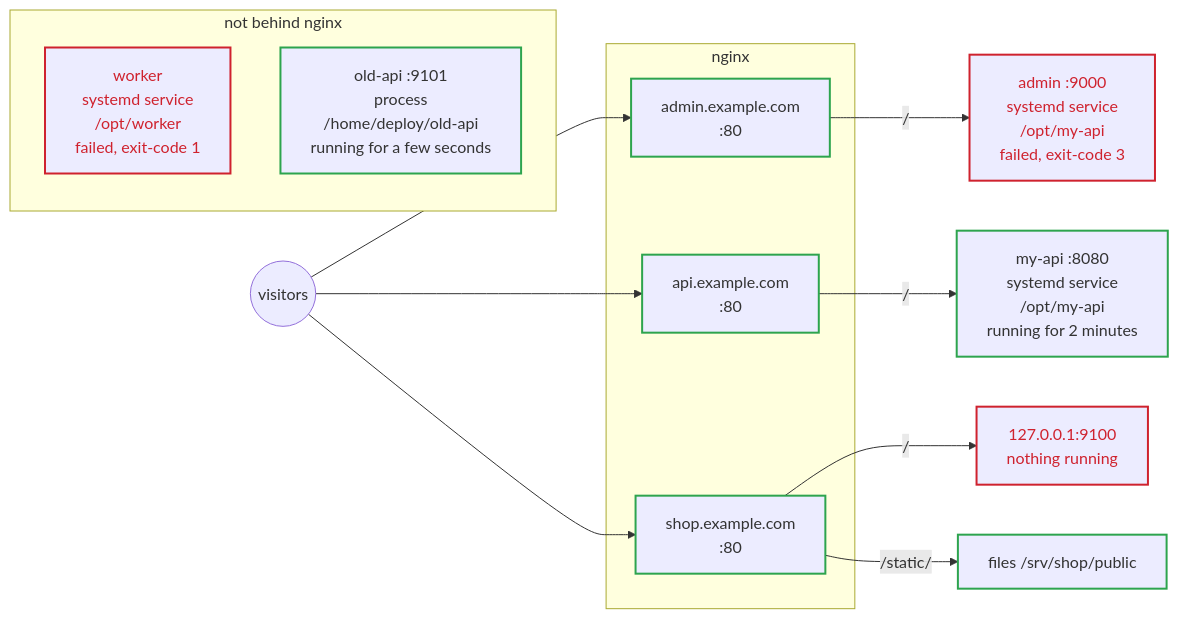
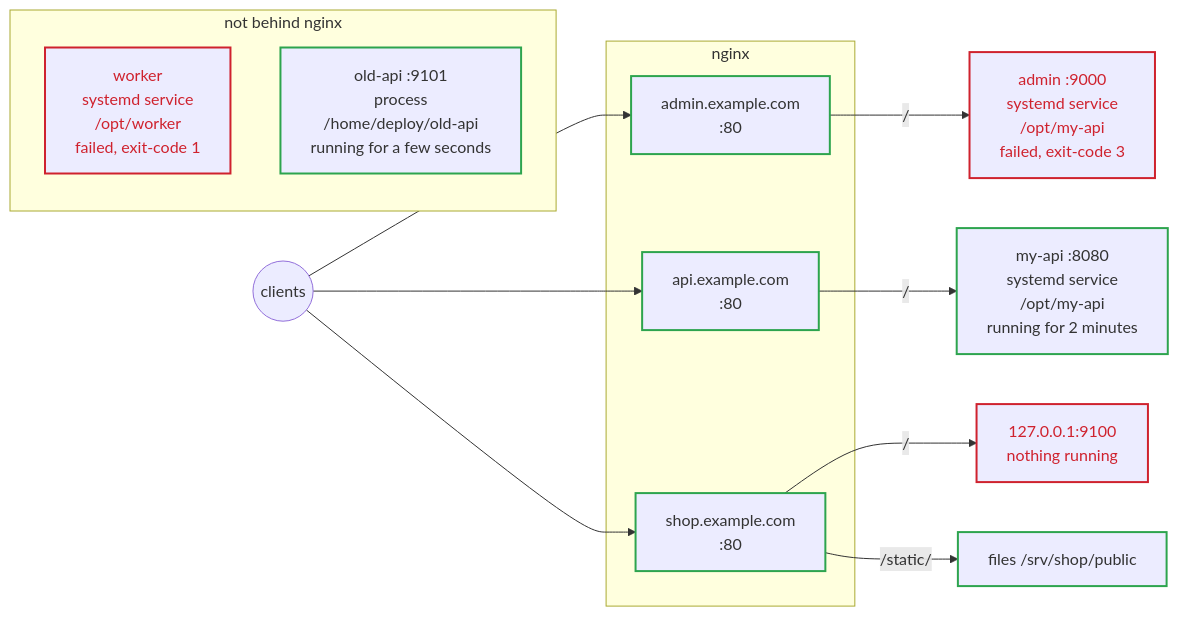
One commit to Sirius-Star42/waypoint changed the diagram in README.md. Above: the diagram before and after it, drawn with Mermaid. The commit also changed 9 other files, not shown here.

````diff
--- a/README.md
+++ b/README.md
@@ -98,37 +98,37 @@
 ```mermaid
 flowchart LR
-  visitors((visitors))
+  clients((clients))
   subgraph nginx["nginx"]
     n0["admin.example.com<br/>:80"]
     n1["api.example.com<br/>:80"]
     n2["shop.example.com<br/>:80"]
   end
   n5["127.0.0.1:9100<br/>nothing running"]
   n6["files /srv/shop/public"]
   n3["admin :9000<br/>systemd service<br/>/opt/my-api<br/>failed, exit-code 3"]
   n4["my-api :8080<br/>systemd service<br/>/opt/my-api<br/>running for 2 minutes"]
   subgraph unrouted["not behind nginx"]
     n7["worker<br/>systemd service<br/>/opt/worker<br/>failed, exit-code 1"]
     n8["old-api :9101<br/>process<br/>/home/deploy/old-api<br/>running for a few seconds"]
   end
-  visitors --> n0
-  visitors --> n1
-  visitors --> n2
+  clients --> n0
+  clients --> n1
+  clients --> n2
   n0 -- "/" --> n3
   n1 -- "/" --> n4
   n2 -- "/" --> n5
   n2 -- "/static/" --> n6
   class n0 ok
   class n1 ok
   class n2 ok
   class n3 bad
   class n4 ok
   class n5 bad
   class n6 ok
   class n7 bad
   class n8 ok
   classDef ok stroke:#2da44e,stroke-width:2px
   classDef bad stroke:#cf222e,stroke-width:2px,color:#cf222e
   classDef warn stroke:#bf8700,stroke-width:2px
   classDef info stroke:#8c959f
 ```
````
